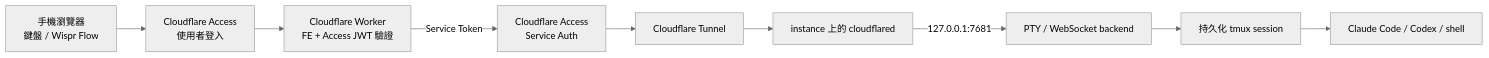
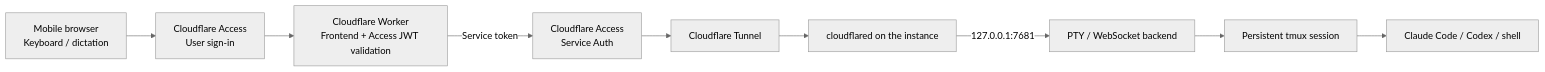
One commit to jackg825/remote-code-agent changed the diagram in README.md. Above: the diagram before and after it, drawn with Mermaid (neutral theme). The commit also changed other lines of this file and 4 other files, not shown here.

````diff
--- a/README.md
+++ b/README.md
@@ -25,11 +27,11 @@
 ```mermaid
 flowchart LR
-  P["手機瀏覽器<br/>鍵盤 / Wispr Flow"] --> UA["Cloudflare Access<br/>使用者登入"]
-  UA --> W["Cloudflare Worker<br/>FE + Access JWT 驗證"]
-  W -->|"Service Token"| OA["Cloudflare Access<br/>Service Auth"]
+  P["Mobile browser<br/>Keyboard / dictation"] --> UA["Cloudflare Access<br/>User sign-in"]
+  UA --> W["Cloudflare Worker<br/>Frontend + Access JWT validation"]
+  W -->|"Service token"| OA["Cloudflare Access<br/>Service Auth"]
   OA --> T["Cloudflare Tunnel"]
-  T --> C["instance 上的 cloudflared"]
+  T --> C["cloudflared on the instance"]
   C -->|"127.0.0.1:7681"| B["PTY / WebSocket backend"]
-  B --> M["持久化 tmux session"]
+  B --> M["Persistent tmux session"]
   M --> CLI["Claude Code / Codex / shell"]
 ```
````
